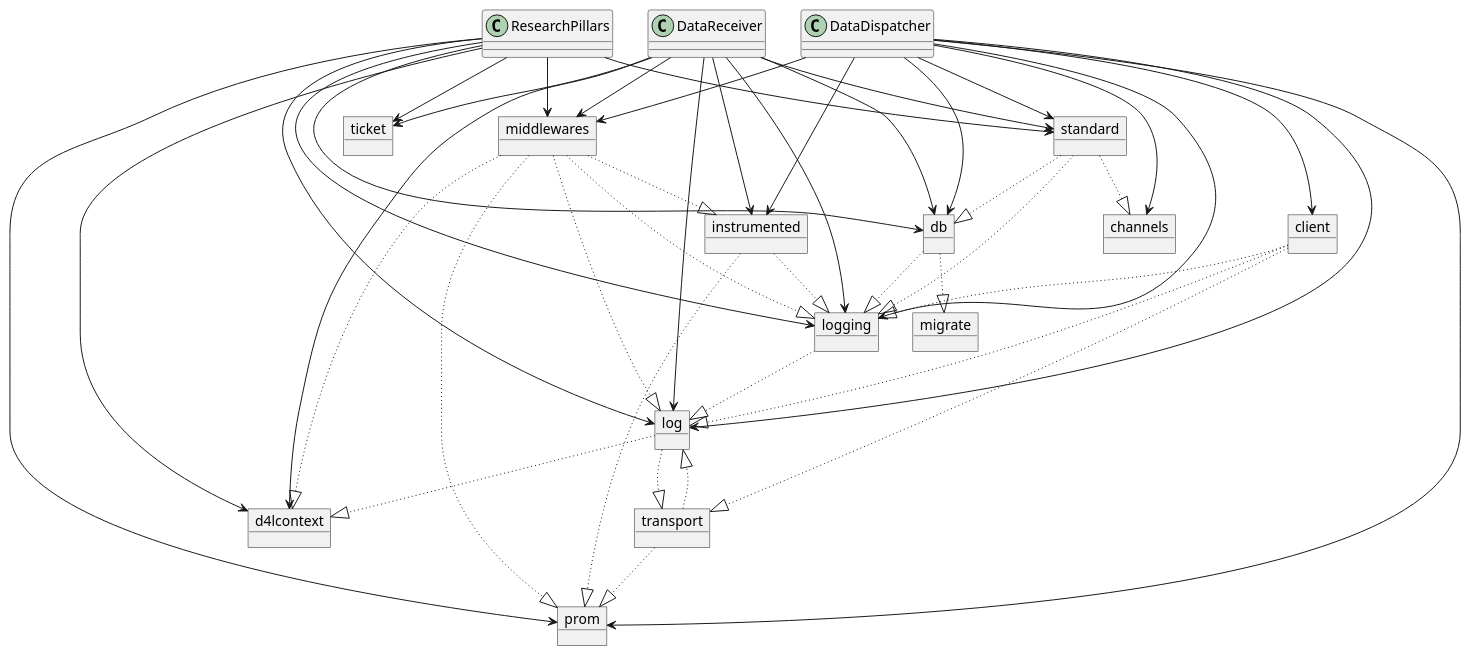
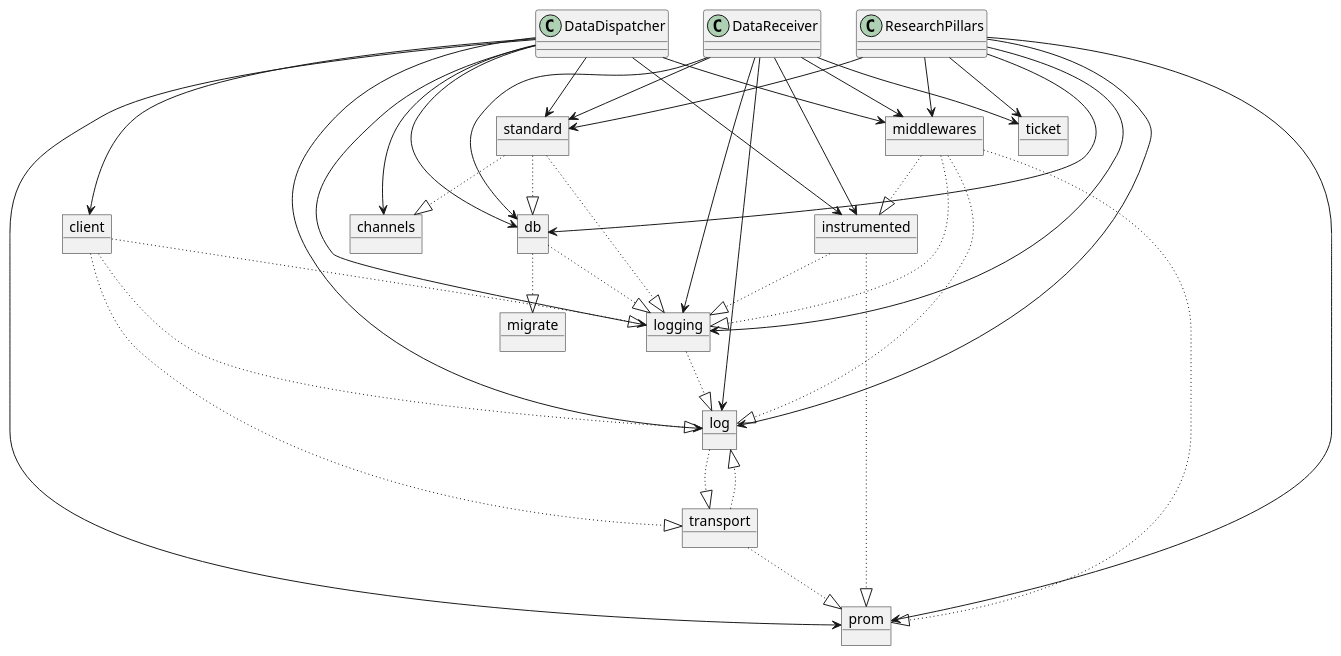
One commit to d4l-data4life/go-svc changed the diagram in dependency-graph/dependencies.plantuml. Above: the diagram before and after it, drawn with PlantUML. The commit also changed 14 other files, not shown here.

```diff
--- a/dependency-graph/dependencies.plantuml
+++ b/dependency-graph/dependencies.plantuml
@@ -1,79 +1,74 @@
 @startuml Dependencies
 
 together {
 class ResearchPillars
 class DataDispatcher
 class DataReceiver
 }
 
 object channels
 object client
-object d4lcontext
 object db
 object instrumented
 object log
 object logging
 object middlewares
 object migrate
 object prom
 object standard
 object ticket
 object transport
 
-ResearchPillars --> d4lcontext
 ResearchPillars --> db
 ResearchPillars --> log
 ResearchPillars --> logging
 ResearchPillars --> middlewares
 ResearchPillars --> prom
 ResearchPillars --> standard
 ResearchPillars --> ticket
 
 DataDispatcher --> channels
 DataDispatcher --> client
 DataDispatcher --> db
 DataDispatcher --> instrumented
 DataDispatcher --> log
 DataDispatcher --> logging
 DataDispatcher --> middlewares
 DataDispatcher --> prom
 DataDispatcher --> standard
 
-DataReceiver --> d4lcontext
 DataReceiver --> db
 DataReceiver --> instrumented
 DataReceiver --> log
 DataReceiver --> logging
 DataReceiver --> middlewares
 DataReceiver --> standard
 DataReceiver --> ticket
 
 client -[dotted]-|> log
 client -[dotted]-|> logging
 client -[dotted]-|> transport
 
 db -[dotted]-|> logging
 db -[dotted]-|> migrate
 
 instrumented -[dotted]-|> logging
 instrumented -[dotted]-|> prom
 
-log -[dotted]-|> d4lcontext
 log -[dotted]-|> transport
 
 logging -[dotted]-|> log
 
-middlewares -[dotted]-|> d4lcontext
 middlewares -[dotted]-|> instrumented
 middlewares -[dotted]-|> log
 middlewares -[dotted]-|> logging
 middlewares -[dotted]-|> prom
 
 standard -[dotted]-|> channels
 standard -[dotted]-|> db
 standard -[dotted]-|> logging
 
 transport -[dotted]-|> log
 transport -[dotted]-|> prom
 
 @enduml
```
